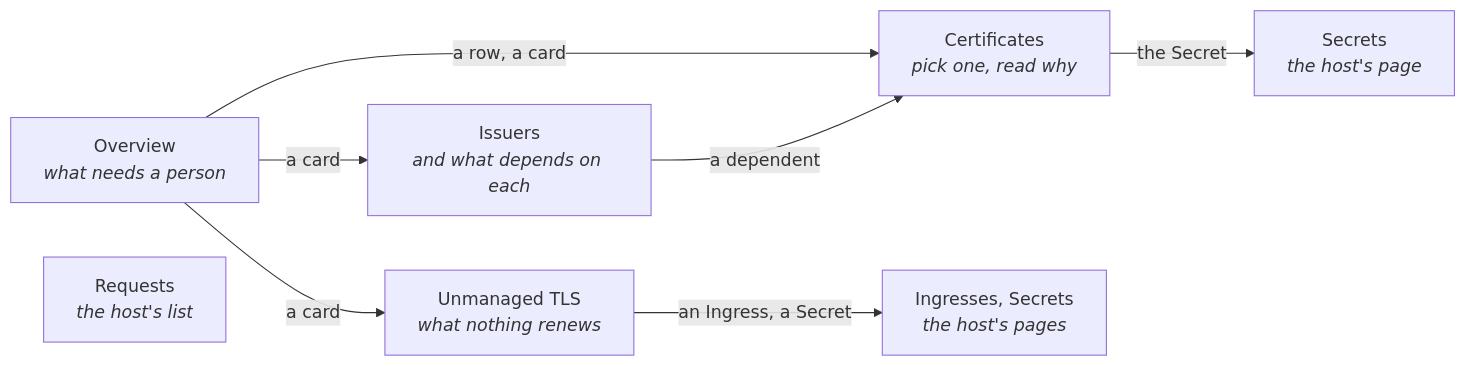
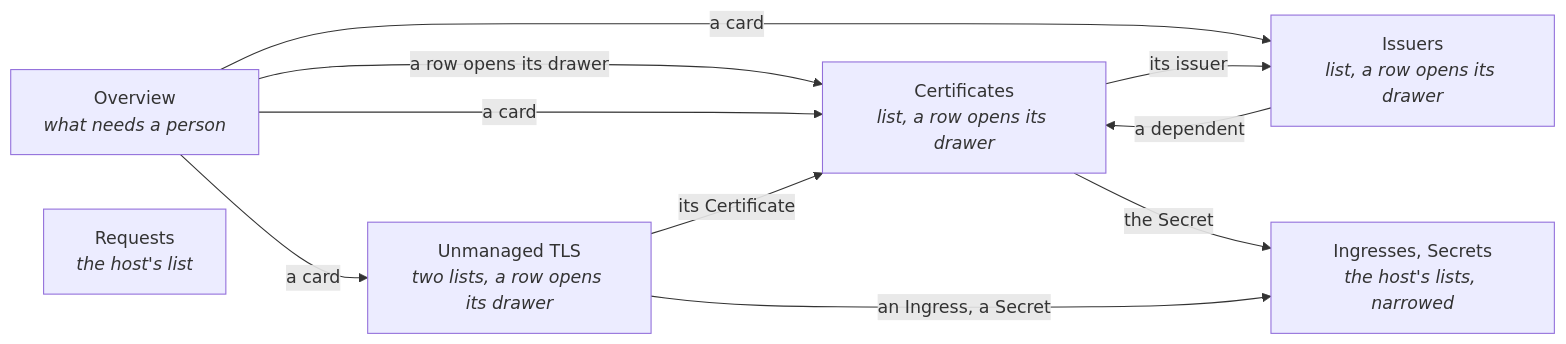
Before and after one commit to DiegoBulhoes/freelens-addons: the first of 3 diagrams in docs/cert-manager.md, drawn with Mermaid. The commit also changed other lines of this file and 38 other files, not shown here.

First line of the commit message:
feat(cert-manager): certificate and issuer lists with drawers, bulk renew

````diff
--- a/docs/cert-manager.md
+++ b/docs/cert-manager.md
@@ -21,15 +21,18 @@
 ```mermaid
 flowchart LR
   O["Overview<br/><i>what needs a person</i>"]
-  C["Certificates<br/><i>pick one, read why</i>"]
-  I["Issuers<br/><i>and what depends on each</i>"]
+  C["Certificates<br/><i>list, a row opens its drawer</i>"]
+  I["Issuers<br/><i>list, a row opens its drawer</i>"]
   R["Requests<br/><i>the host's list</i>"]
-  U["Unmanaged TLS<br/><i>what nothing renews</i>"]
+  U["Unmanaged TLS<br/><i>two lists, a row opens its drawer</i>"]
 
-  O -->|a row, a card| C
+  O -->|a row opens its drawer| C
+  O -->|a card| C
   O -->|a card| I
   O -->|a card| U
+  C -->|its issuer| I
   I -->|a dependent| C
-  C -->|the Secret| S["Secrets<br/><i>the host's page</i>"]
-  U -->|an Ingress, a Secret| H["Ingresses, Secrets<br/><i>the host's pages</i>"]
+  U -->|its Certificate| C
+  C -->|the Secret| H["Ingresses, Secrets<br/><i>the host's lists, narrowed</i>"]
+  U -->|an Ingress, a Secret| H
 ```
````
